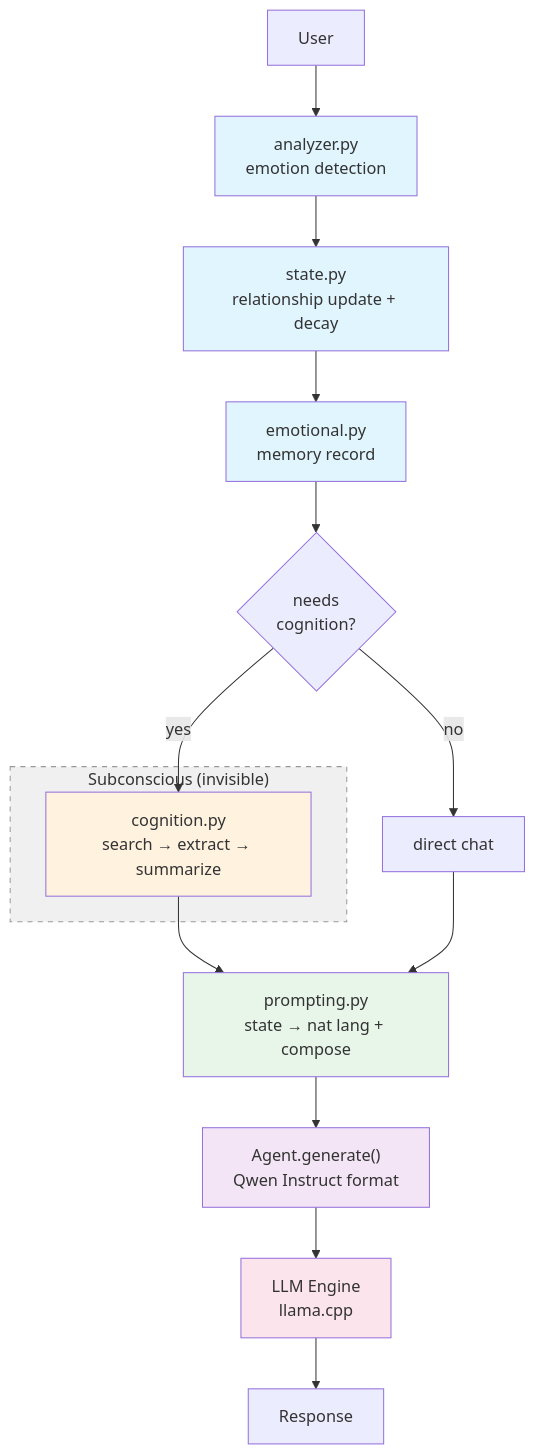
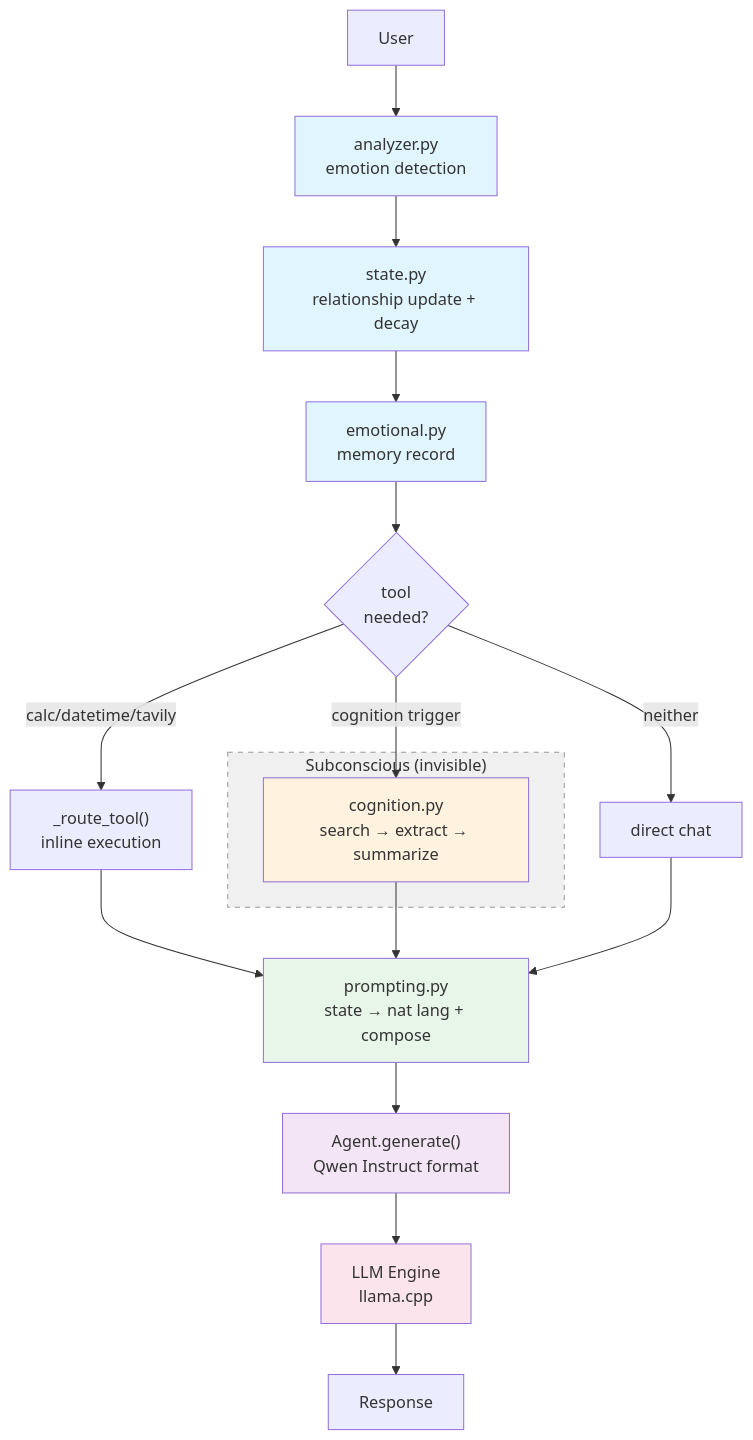
One commit to suryardh/Veil-Core-Project changed the diagram in README.md. Above: the diagram before and after it, drawn with Mermaid. The commit also changed other lines of this file and 16 other files, not shown here.

````diff
--- a/README.md
+++ b/README.md
@@ -62,30 +65,32 @@
 ```mermaid
 flowchart TB
     User["User"] --> Analyzer["analyzer.py\nemotion detection"]
     Analyzer --> State["state.py\nrelationship update + decay"]
     State --> Emotional["emotional.py\nmemory record"]
 
-    Emotional --> Decision{"needs\ncognition?"}
-    Decision -->|yes| Cognition["cognition.py\nsearch → extract → summarize"]
-    Decision -->|no| Direct["direct chat"]
+    Emotional --> Route{"tool\nneeded?"}
+    Route -->|calc/datetime/tavily| Tool["_route_tool()\ninline execution"]
+    Route -->|cognition trigger| Cognition["cognition.py\nsearch → extract → summarize"]
+    Route -->|neither| Direct["direct chat"]
 
-    Cognition --> Prompt["prompting.py\nstate → nat lang + compose"]
+    Tool --> Prompt["prompting.py\nstate → nat lang + compose"]
+    Cognition --> Prompt
     Direct --> Prompt
 
     Prompt --> Agent["Agent.generate()\nQwen Instruct format"]
     Agent --> LLM["LLM Engine\nllama.cpp"]
     LLM --> Response["Response"]
 
     subgraph Subconscious["Subconscious (invisible)"]
         Cognition
     end
 
     style Subconscious fill:#f0f0f0,stroke:#999,stroke-dasharray:5 5
     style Analyzer fill:#e1f5fe
     style State fill:#e1f5fe
     style Emotional fill:#e1f5fe
     style Cognition fill:#fff3e0
     style Prompt fill:#e8f5e9
     style Agent fill:#f3e5f5
     style LLM fill:#fce4ec
 ```
````
